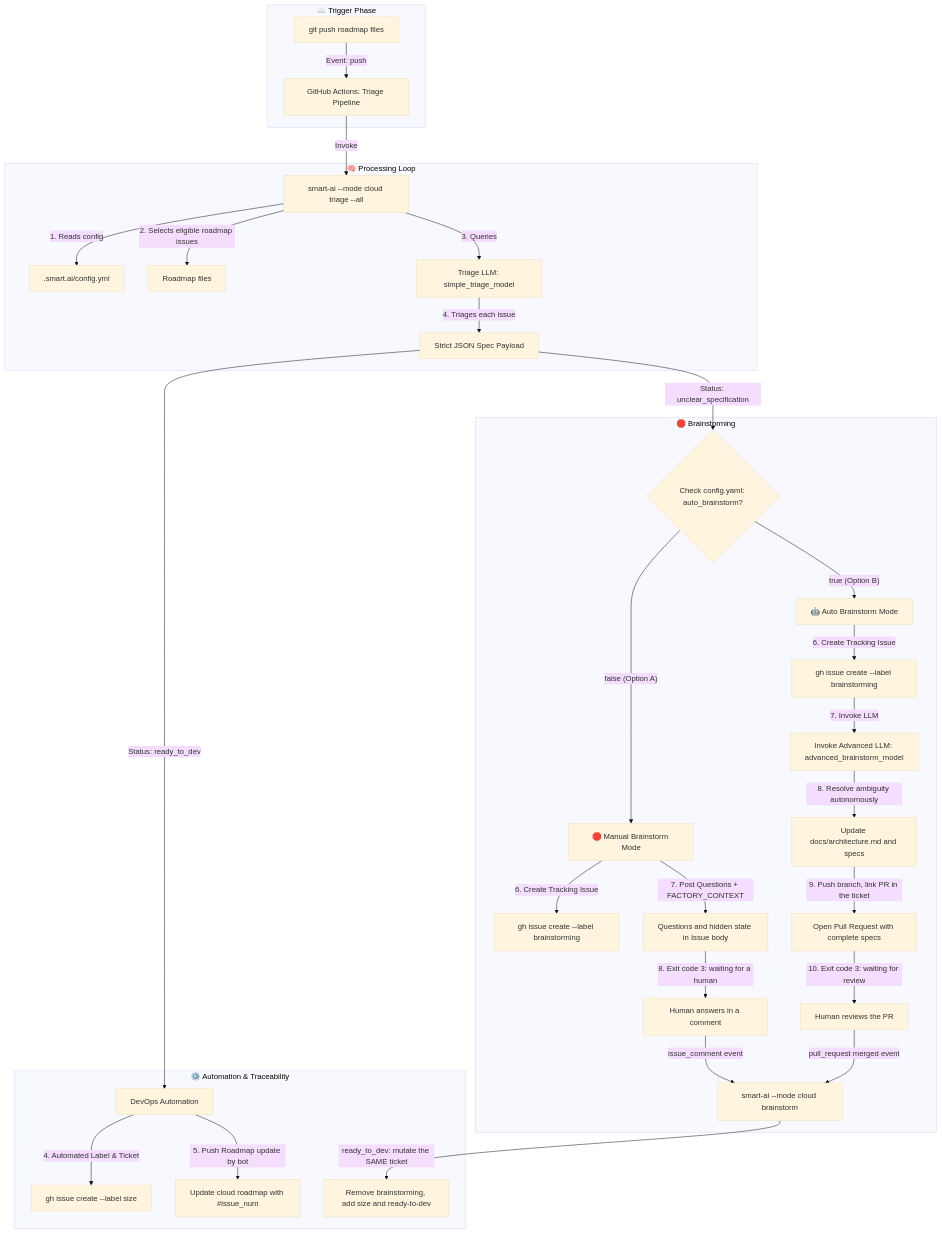
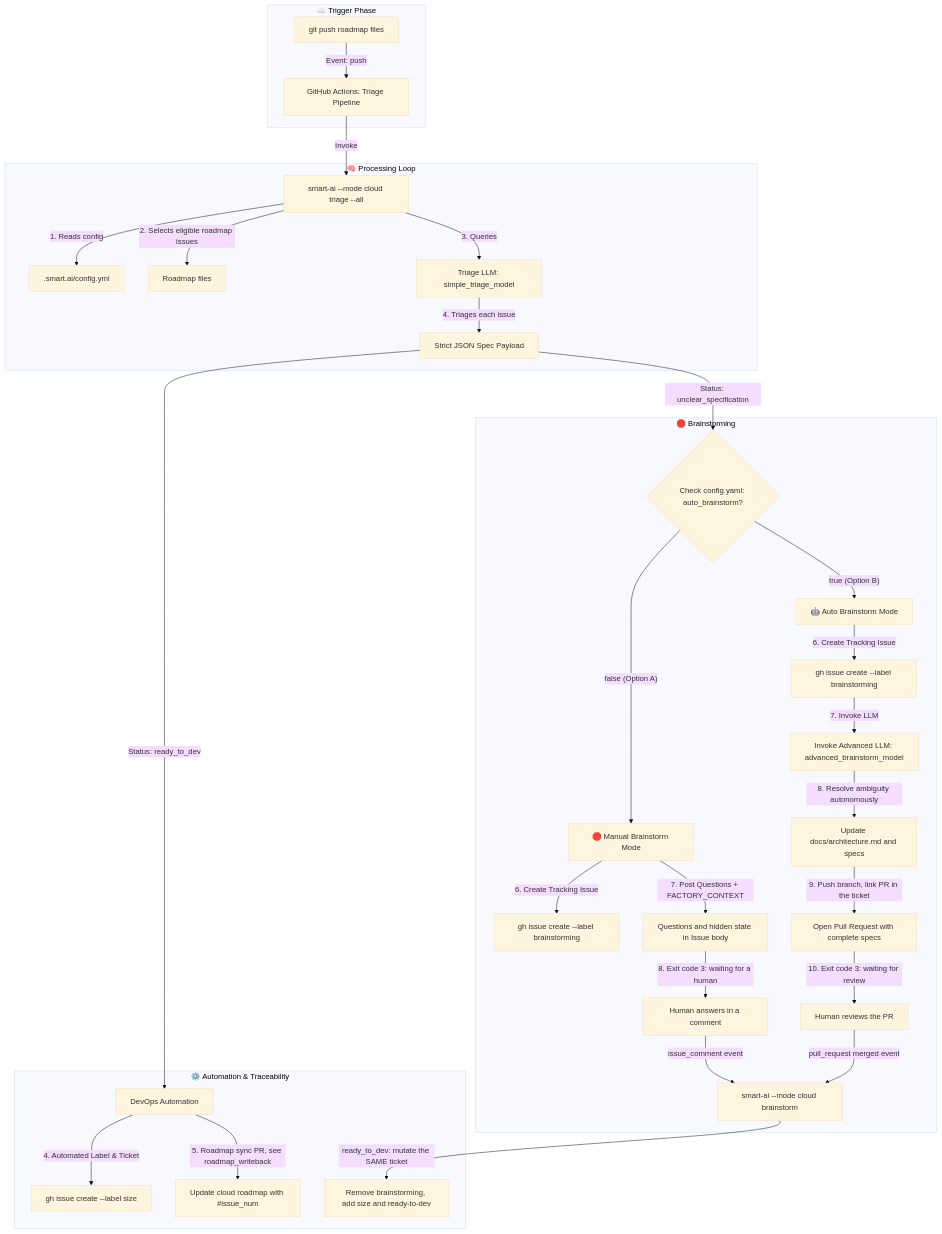
Before and after one commit to fletort/smart-ai-factory: the diagram in docs/pipelines/triage_cloud.md, drawn with Mermaid (base theme). The commit also changed other lines of this file and 3 other files, not shown here.

````diff
--- a/docs/pipelines/triage_cloud.md
+++ b/docs/pipelines/triage_cloud.md
@@ -22,42 +22,42 @@
 ```mermaid
 graph TD
     subgraph "☁️ Trigger Phase"
         Git[git push roadmap files] -->|Event: push| CI_Triage[GitHub Actions: Triage Pipeline]
     end
 
     subgraph box1["🧠 Processing Loop"]
         CI_Triage -->|Invoke| CoreTriage[smart-ai --mode cloud triage --all]
         CoreTriage -->|1. Reads config| Config[.smart.ai/config.yml]
         CoreTriage -->|2. Selects eligible roadmap issues| RM0[Roadmap files]
         CoreTriage -->|3. Queries| LLM1[Triage LLM: simple_triage_model]
         LLM1 -->|4. Triages each issue| JSON1[Strict JSON Spec Payload]
     end
 
     subgraph "🛑 Brainstorming"
         JSON1 -->|"Status: unclear_specification"| CheckConfig{Check config.yaml: auto_brainstorm?}
 
         %% OPTION A : Stop & Open a Ticket
         CheckConfig -->|"false (Option A)"| CloudStop[🛑 Manual Brainstorm Mode]
         CloudStop -->|6. Create Tracking Issue| GH_BS[gh issue create --label brainstorming]
         CloudStop -->|7. Post Questions + FACTORY_CONTEXT| NativeComment[Questions and hidden state in Issue body]
         NativeComment -->|8. Exit code 3: waiting for a human| Wait[Human answers in a comment]
         Wait -->|issue_comment event| Resume[smart-ai --mode cloud brainstorm]
 
         %% OPTION B : Full Auto Brainstorm -> PR Direct
         CheckConfig -->|"true (Option B)"| CloudAuto[🤖 Auto Brainstorm Mode]
         CloudAuto -->|6. Create Tracking Issue| GH_BS2[gh issue create --label brainstorming]
         GH_BS2 -->|7. Invoke LLM| LLM2[Invoke Advanced LLM: advanced_brainstorm_model]
         LLM2 -->|8. Resolve ambiguity autonomously| Fix[Update docs/architecture.md and specs]
         Fix -->|9. Push branch, link PR in the ticket| PR[Open Pull Request with complete specs]
         PR -->|10. Exit code 3: waiting for review| Review[Human reviews the PR]
         Review -->|pull_request merged event| Resume
     end
 
     subgraph "⚙️ Automation & Traceability"
         JSON1 -->|"Status: ready_to_dev"| DevOpCloud[DevOps Automation]
         DevOpCloud -->|4. Automated Label & Ticket| GH_Issue[gh issue create --label size]
-        DevOpCloud -->|5. Push Roadmap update by bot| GitSync[Update cloud roadmap with #issue_num]
+        DevOpCloud -->|5. Roadmap sync PR, see roadmap_writeback| GitSync[Update cloud roadmap with #issue_num]
         Resume -->|ready_to_dev: mutate the SAME ticket| Mutate[Remove brainstorming, add size and ready-to-dev]
     end
 
 ```
````
